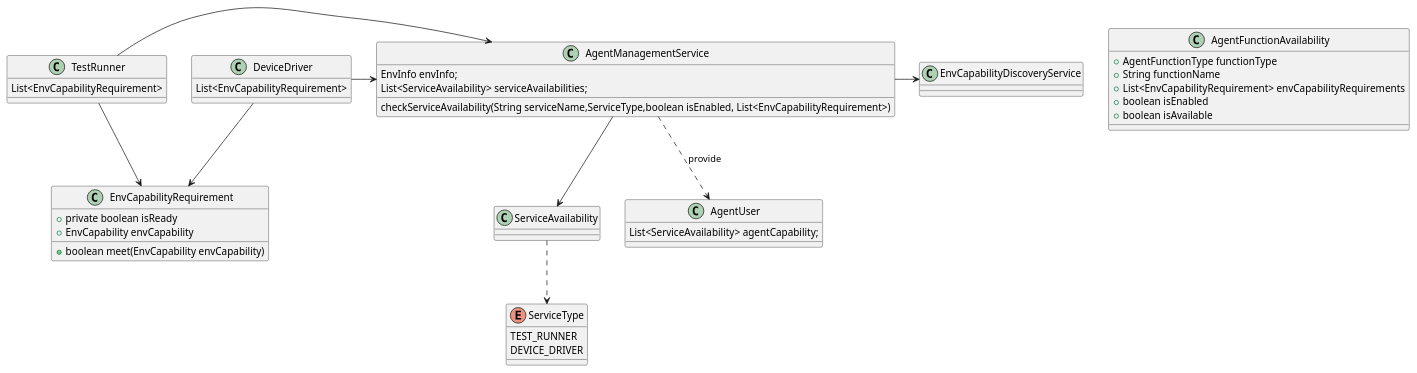
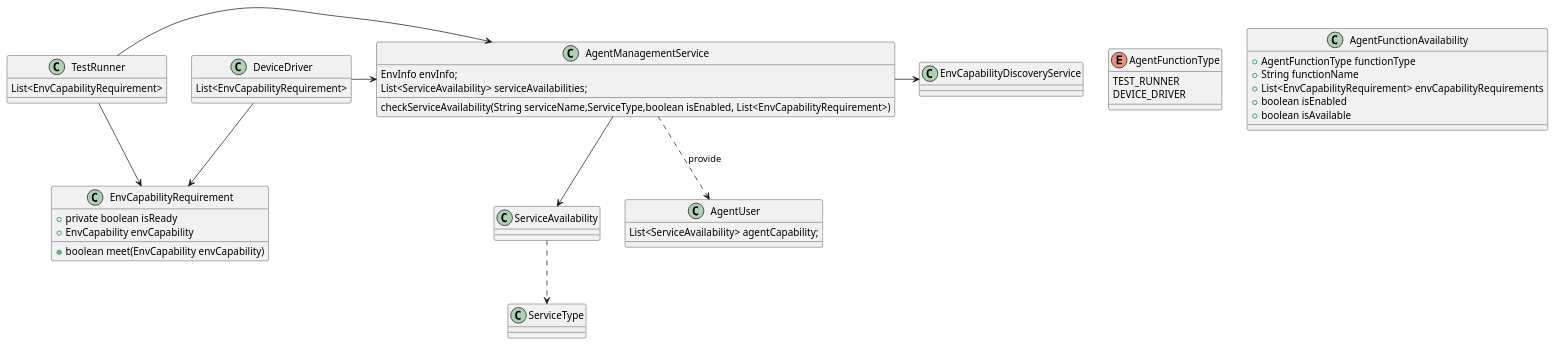
The third of 4 diagrams in agent/doc/UML/agent_device_management_design.puml (microsoft/HydraLab), drawn with PlantUML before and after one commit.

```diff
--- a/agent/doc/UML/agent_device_management_design.puml
+++ b/agent/doc/UML/agent_device_management_design.puml
@@ -159,43 +159,43 @@
 @startuml agent_capability_design
 
 class AgentManagementService {
     EnvInfo envInfo;
     List<ServiceAvailability> serviceAvailabilities;
     checkServiceAvailability(String serviceName,ServiceType,boolean isEnabled, List<EnvCapabilityRequirement>)
 }
 AgentManagementService -r-> EnvCapabilityDiscoveryService
 class TestRunner{
     List<EnvCapabilityRequirement>
 }
 class DeviceDriver{
     List<EnvCapabilityRequirement>
 }
 
 TestRunner -r-> AgentManagementService
 DeviceDriver -r-> AgentManagementService
 TestRunner --> EnvCapabilityRequirement
 DeviceDriver --> EnvCapabilityRequirement
 
 class EnvCapabilityRequirement{
     +private boolean isReady
     +EnvCapability envCapability
     +boolean meet(EnvCapability envCapability)
 }
-enum ServiceType{
+enum AgentFunctionType{
     TEST_RUNNER
     DEVICE_DRIVER
 }
 class AgentFunctionAvailability{
     +AgentFunctionType functionType
     +String functionName
     +List<EnvCapabilityRequirement> envCapabilityRequirements
     +boolean isEnabled
     +boolean isAvailable
 }
 AgentManagementService -->ServiceAvailability
 ServiceAvailability ..> ServiceType
 class AgentUser{
     List<ServiceAvailability> agentCapability;
 }
 AgentManagementService ..> AgentUser : provide
 @enduml
```
